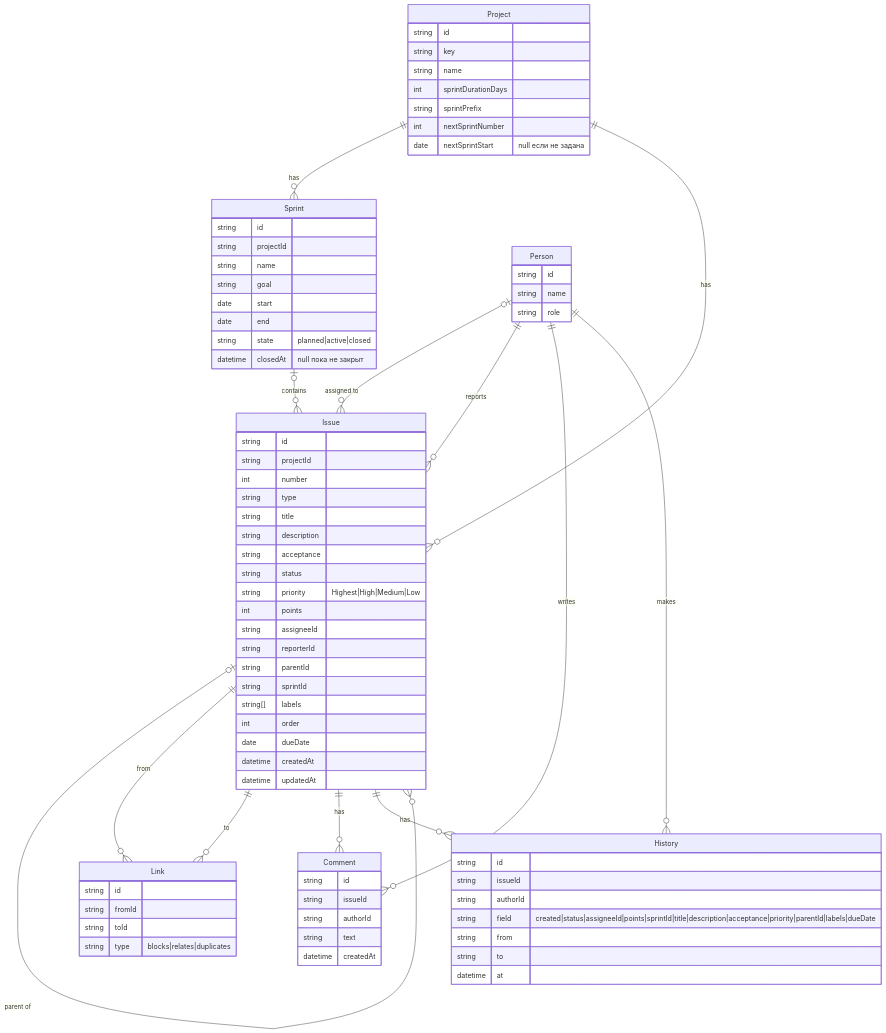
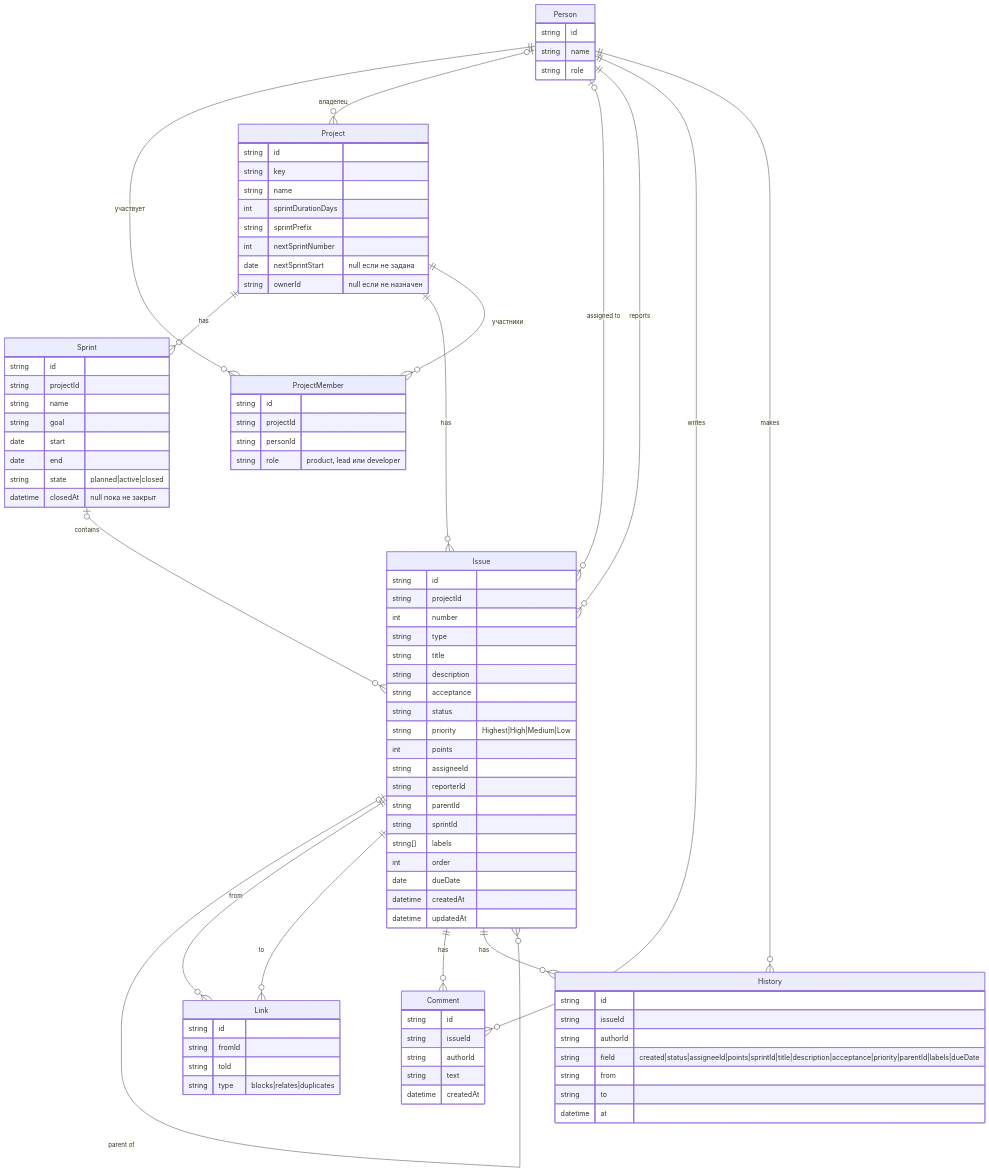
The diagram in docs/data-model.md (TimurNazmutdinov/team-tracker), drawn with Mermaid before and after one commit. The commit also changed other lines of this file and 10 other files, not shown here.

```diff
--- a/docs/data-model.md
+++ b/docs/data-model.md
@@ -69,6 +72,9 @@
 erDiagram
     Project ||--o{ Sprint : has
     Project ||--o{ Issue : has
+    Project ||--o{ ProjectMember : "участники"
+    Person ||--o{ ProjectMember : "участвует"
+    Person |o--o{ Project : "владелец"
     Sprint |o--o{ Issue : contains
     Person |o--o{ Issue : "assigned to"
     Person ||--o{ Issue : reports
@@ -88,6 +94,13 @@
         string sprintPrefix
         int nextSprintNumber
         date nextSprintStart "null если не задана"
+        string ownerId "null если не назначен"
+    }
+    ProjectMember {
+        string id
+        string projectId
+        string personId
+        string role "product, lead или developer"
     }
     Person {
         string id
```
